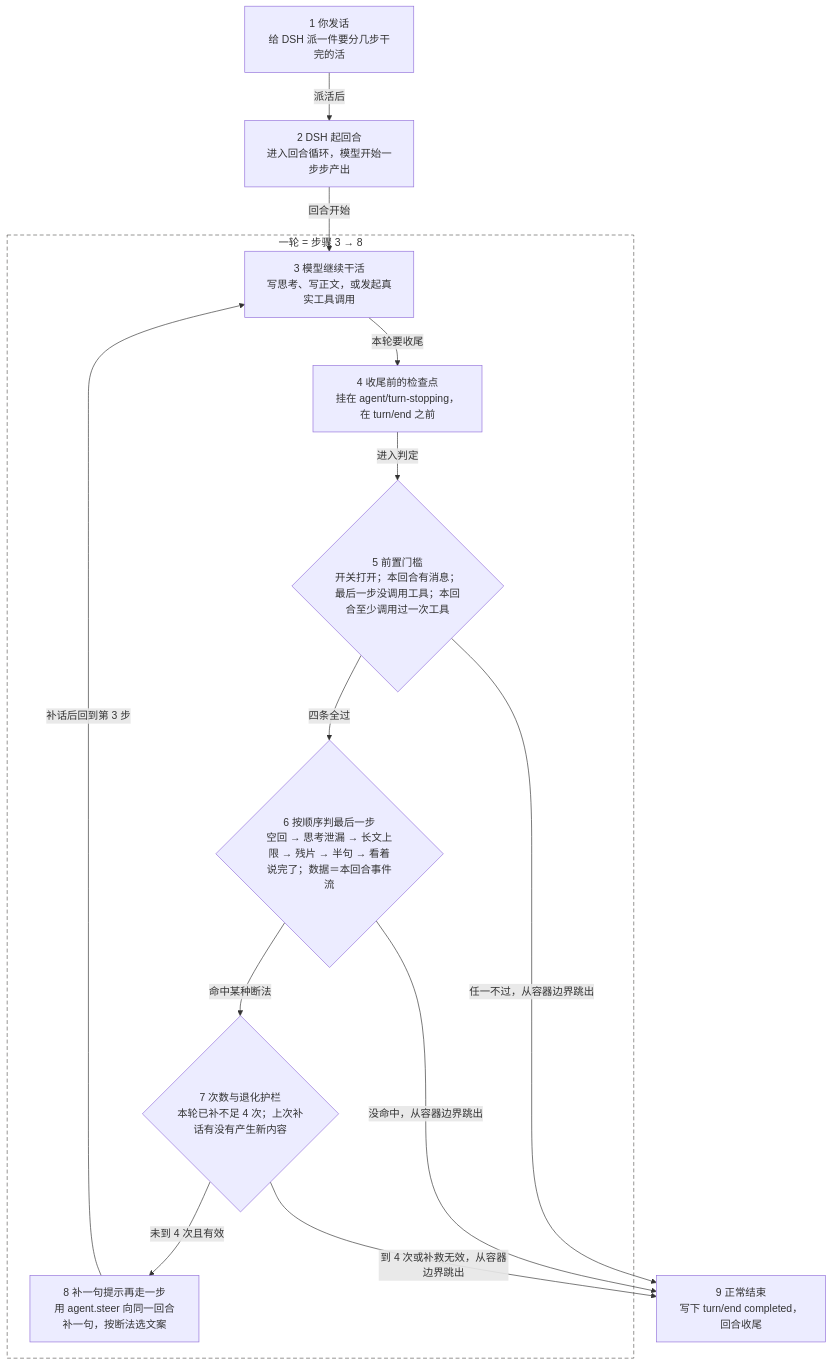
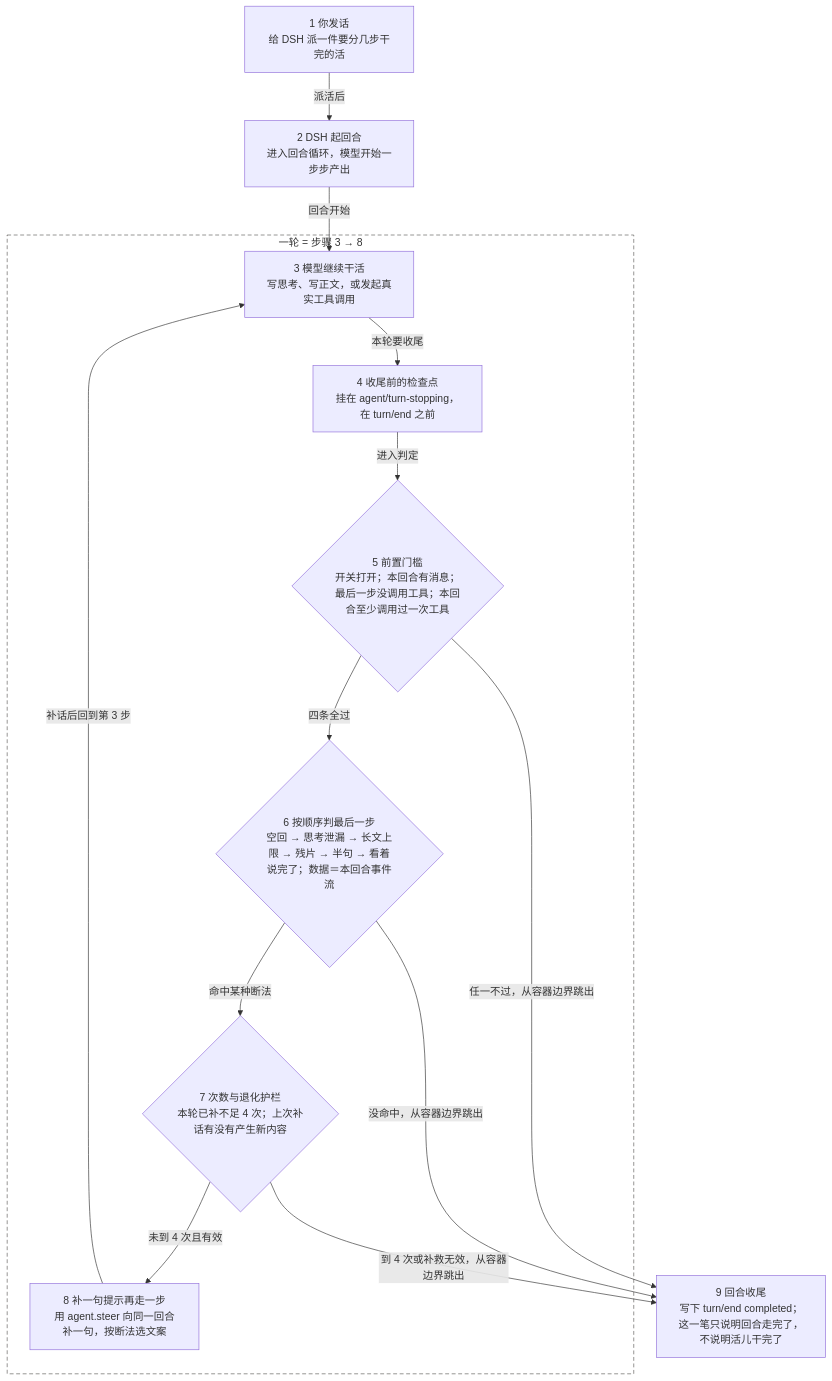
Before and after one commit to gpboyer2/dsh-toolcall-text-guard: the diagram in README.md, drawn with Mermaid. The commit also changed other lines of this file and 1 other file, not shown here.

First line of the commit message:
fix(readme): 纠正「有 turn/end completed 才装」的说法，改为「活儿没干完却被当成说完了」

````diff
--- a/README.md
+++ b/README.md
@@ -37,27 +39,27 @@
 ```mermaid
 flowchart TD
     N1["1 你发话<br/>给 DSH 派一件要分几步干完的活"]
     N2["2 DSH 起回合<br/>进入回合循环，模型开始一步步产出"]
     subgraph LOOP["一轮 = 步骤 3 → 8"]
         N3["3 模型继续干活<br/>写思考、写正文，或发起真实工具调用"]
         N4["4 收尾前的检查点<br/>挂在 agent/turn-stopping，在 turn/end 之前"]
         N5{"5 前置门槛<br/>开关打开；本回合有消息；最后一步没调用工具；本回合至少调用过一次工具"}
         N6{"6 按顺序判最后一步<br/>空回 → 思考泄漏 → 长文上限 → 残片 → 半句 → 看着说完了；数据＝本回合事件流"}
         N7{"7 次数与退化护栏<br/>本轮已补不足 4 次；上次补话有没有产生新内容"}
         N8["8 补一句提示再走一步<br/>用 agent.steer 向同一回合补一句，按断法选文案"]
     end
-    N9["9 正常结束<br/>写下 turn/end completed，回合收尾"]
+    N9["9 回合收尾<br/>写下 turn/end completed；这一笔只说明回合走完了，不说明活儿干完了"]
 
     N1 -->|派活后| N2
     N2 -->|回合开始| N3
     N3 -->|本轮要收尾| N4
     N4 -->|进入判定| N5
     N5 -->|四条全过| N6
     N5 -->|任一不过，从容器边界跳出| N9
     N6 -->|命中某种断法| N7
     N6 -->|没命中，从容器边界跳出| N9
     N7 -->|未到 4 次且有效| N8
     N7 -->|到 4 次或补救无效，从容器边界跳出| N9
     N8 -->|补话后回到第 3 步| N3
     style LOOP fill:#ffffff,stroke:#5F5E5A,stroke-dasharray:6 4
 ```
````
